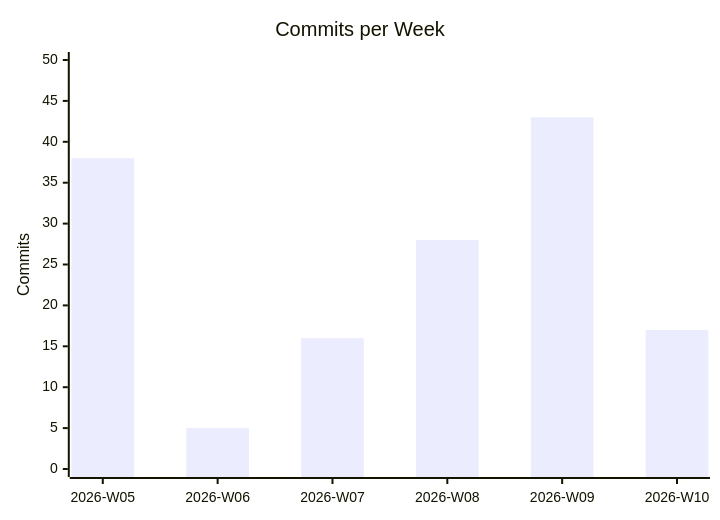
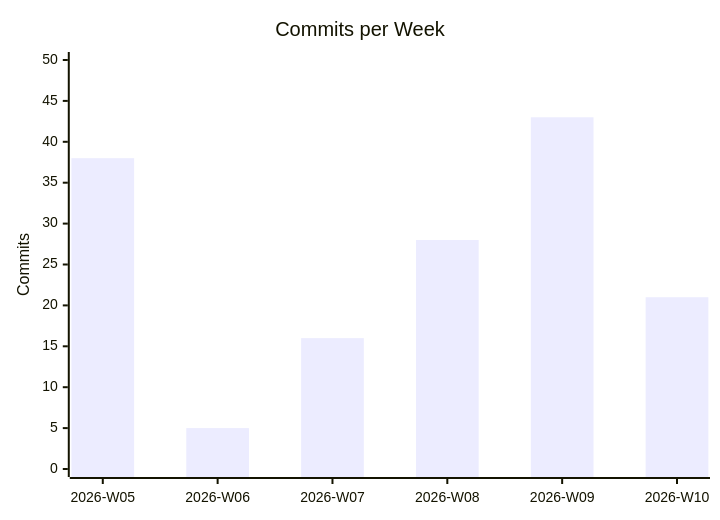
Before and after one commit to Whytalik/fix-space: the third of 3 diagrams in docs/STATS.md, drawn with Mermaid. The commit also changed other lines of this file and 1 other file, not shown here.

````diff
--- a/docs/STATS.md
+++ b/docs/STATS.md
@@ -40,7 +40,7 @@
 ```mermaid
 xychart-beta
     title "Commits per Week"
     x-axis ["2026-W05", "2026-W06", "2026-W07", "2026-W08", "2026-W09", "2026-W10"]
     y-axis "Commits" 0 --> 50
-    bar [38, 5, 16, 28, 43, 17]
+    bar [38, 5, 16, 28, 43, 21]
 ```
````
